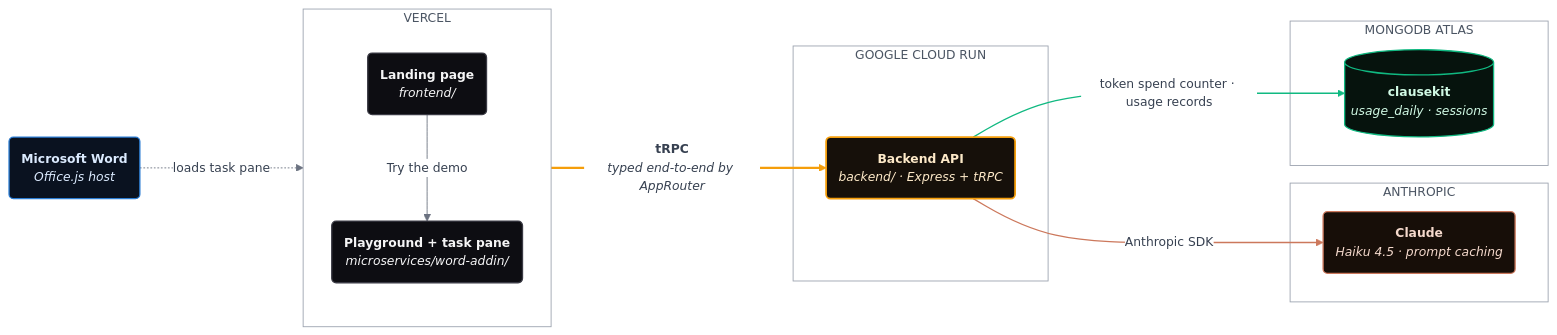
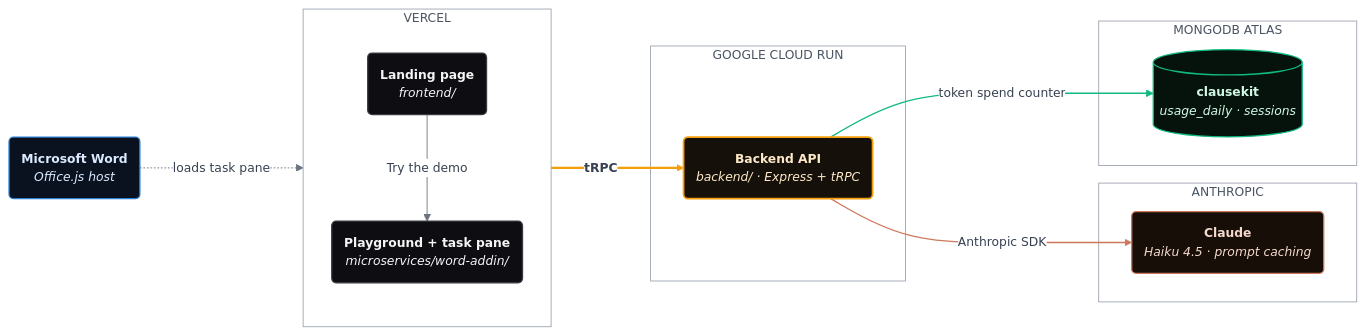
Before and after one commit to markbuckle/clausekit: the diagram in docs/architecture.mmd, drawn with Mermaid. The commit also changed 1 other file, not shown here.

Commit message:
architecture v6

```diff
--- a/docs/architecture.mmd
+++ b/docs/architecture.mmd
@@ -1,65 +1,65 @@
 %%{init: {
   "fontFamily": "Arial, Helvetica, sans-serif",
   "theme": "base",
   "themeVariables": {
     "fontFamily": "Arial, Helvetica, sans-serif",
     "fontSize": "14px",
     "primaryColor": "#0d0d12",
     "primaryTextColor": "#374151",
     "textColor": "#374151",
     "primaryBorderColor": "#3a3a44",
     "lineColor": "#6b7280",
     "clusterBkg": "transparent",
     "clusterBorder": "#9ca3af",
     "edgeLabelBackground": "#ffffff",
     "tertiaryTextColor": "#6b7280"
   },
   "flowchart": { "curve": "basis", "nodeSpacing": 45, "rankSpacing": 75, "padding": 14 }
 }}%%
 flowchart LR
     W("<b>Microsoft Word</b><br/><i>Office.js host</i>")
 
     subgraph vercel["VERCEL"]
         direction TB
         A("<b>Landing page</b><br/><i>frontend/</i>")
         B("<b>Playground + task pane</b><br/><i>microservices/word-addin/</i>")
     end
 
     subgraph gcr["GOOGLE CLOUD RUN"]
         C("<b>Backend API</b><br/><i>backend/ · Express + tRPC</i>")
     end
 
     subgraph ai["ANTHROPIC"]
         D("<b>Claude</b><br/><i>Haiku 4.5 · prompt caching</i>")
     end
 
     subgraph atlas["MONGODB ATLAS"]
         M[("<b>clausekit</b><br/><i>usage_daily · sessions</i>")]
     end
 
     A -->|Try the demo| B
     W -.->|loads task pane| B
-    B ==>|"<b>tRPC</b><br/><i>typed end-to-end by AppRouter</i>"| C
+    B ==>|"<b>tRPC</b><br/><i></i>"| C
     C -->|Anthropic SDK| D
-    C -->|"token spend counter · usage records"| M
+    C -->|"token spend counter"| M
 
     classDef app fill:#0d0d12,stroke:#3a3a44,stroke-width:1.5px,color:#f5f5f6
     classDef word fill:#0a1220,stroke:#2b7cd3,stroke-width:1.5px,color:#dbeafe
     classDef api fill:#16100a,stroke:#f59e0b,stroke-width:2px,color:#fde9c8
     classDef llm fill:#170e08,stroke:#cc785c,stroke-width:1.5px,color:#f5d9cc
     classDef data fill:#06130d,stroke:#10b981,stroke-width:1.5px,color:#d1fae5
 
     class A,B app
     class W word
     class C api
     class D llm
     class M data
 
     style vercel fill:transparent,stroke:#9ca3af,color:#4b5563
     style gcr fill:transparent,stroke:#9ca3af,color:#4b5563
     style ai fill:transparent,stroke:#9ca3af,color:#4b5563
     style atlas fill:transparent,stroke:#9ca3af,color:#4b5563
 
     linkStyle 2 stroke:#f59e0b,stroke-width:2.5px
     linkStyle 3 stroke:#cc785c,stroke-width:1.5px
     linkStyle 4 stroke:#10b981,stroke-width:1.5px
```
